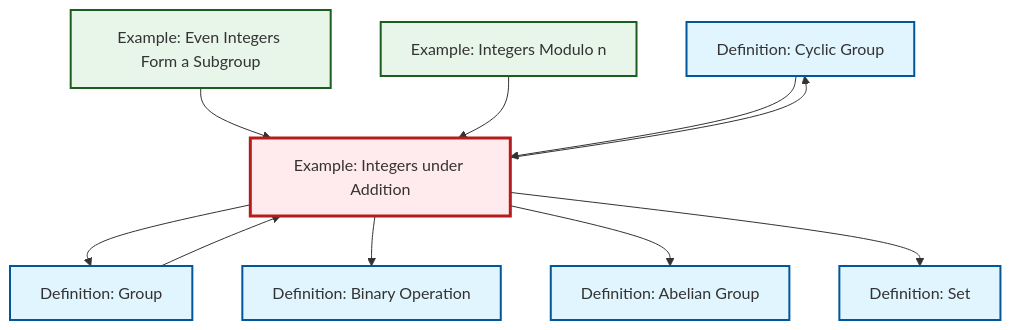
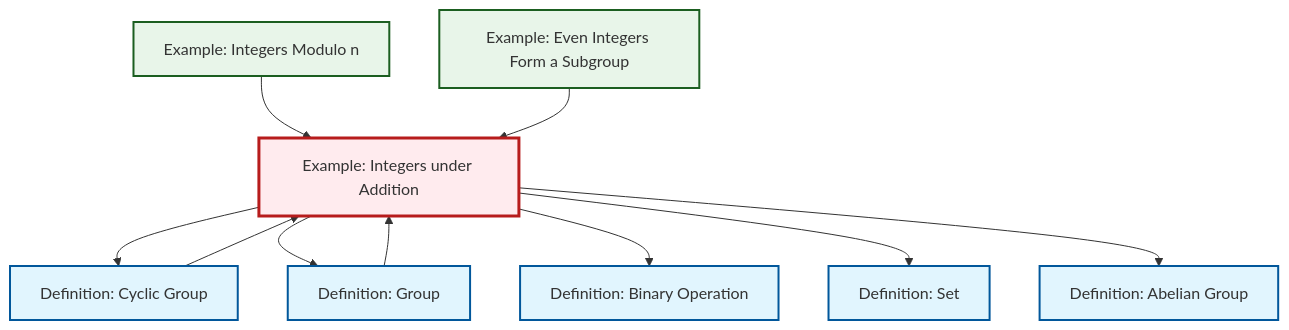
Before and after one commit to RK0429/ModernMath: the diagram in content/en/algebra/ex-integers-addition.qmd, drawn with Mermaid. The commit also changed other lines of this file and 360 other files, not shown here.

````diff
--- a/content/en/algebra/ex-integers-addition.qmd
+++ b/content/en/algebra/ex-integers-addition.qmd
@@ -73,34 +73,34 @@
 ```{mermaid}
 %%| fig-cap: "Local dependency graph"
 graph TD
     classDef definition fill:#e1f5fe,stroke:#01579b,stroke-width:2px
     classDef theorem fill:#f3e5f5,stroke:#4a148c,stroke-width:2px
     classDef axiom fill:#fff3e0,stroke:#e65100,stroke-width:2px
     classDef example fill:#e8f5e9,stroke:#1b5e20,stroke-width:2px
     classDef current fill:#ffebee,stroke:#b71c1c,stroke-width:3px
+    ex-even-integers-subgroup["Example: Even Integers Form a Subgroup"]:::example
+    ex-integers-addition["Example: Integers under Addition"]:::example
+    def-abelian-group["Definition: Abelian Group"]:::definition
+    ex-quotient-integers-mod-n["Example: Integers Modulo n"]:::example
+    def-set["Definition: Set"]:::definition
+    def-cyclic-group["Definition: Cyclic Group"]:::definition
+    def-group["Definition: Group"]:::definition
     def-binary-operation["Definition: Binary Operation"]:::definition
-    def-abelian-group["Definition: Abelian Group"]:::definition
-    def-cyclic-group["Definition: Cyclic Group"]:::definition
-    ex-even-integers-subgroup["Example: Even Integers Form a Subgroup"]:::example
-    def-group["Definition: Group"]:::definition
-    ex-integers-addition["Example: Integers under Addition"]:::example
-    def-set["Definition: Set"]:::definition
-    ex-quotient-integers-mod-n["Example: Integers Modulo n"]:::example
+    def-cyclic-group --> ex-integers-addition
+    ex-quotient-integers-mod-n --> ex-integers-addition
+    def-group --> ex-integers-addition
+    ex-integers-addition --> def-cyclic-group
     ex-even-integers-subgroup --> ex-integers-addition
     ex-integers-addition --> def-group
-    def-group --> ex-integers-addition
     ex-integers-addition --> def-binary-operation
-    ex-quotient-integers-mod-n --> ex-integers-addition
+    ex-integers-addition --> def-set
     ex-integers-addition --> def-abelian-group
-    def-cyclic-group --> ex-integers-addition
-    ex-integers-addition --> def-set
-    ex-integers-addition --> def-cyclic-group
     class ex-integers-addition current
+    click ex-even-integers-subgroup "ex-even-integers-subgroup.html" "Go to Even Integers Form a Subgroup example"
+    click def-abelian-group "def-abelian-group.html" "Go to Abelian Group definition"
+    click ex-quotient-integers-mod-n "ex-quotient-integers-mod-n.html" "Go to Integers Modulo n example"
+    click def-set "def-set.html" "Go to Set definition"
+    click def-cyclic-group "def-cyclic-group.html" "Go to Cyclic Group definition"
+    click def-group "def-group.html" "Go to Group definition"
     click def-binary-operation "def-binary-operation.html" "Go to Binary Operation definition"
-    click def-abelian-group "def-abelian-group.html" "Go to Abelian Group definition"
-    click def-cyclic-group "def-cyclic-group.html" "Go to Cyclic Group definition"
-    click ex-even-integers-subgroup "ex-even-integers-subgroup.html" "Go to Even Integers Form a Subgroup example"
-    click def-group "def-group.html" "Go to Group definition"
-    click def-set "def-set.html" "Go to Set definition"
-    click ex-quotient-integers-mod-n "ex-quotient-integers-mod-n.html" "Go to Integers Modulo n example"
 ```
````
